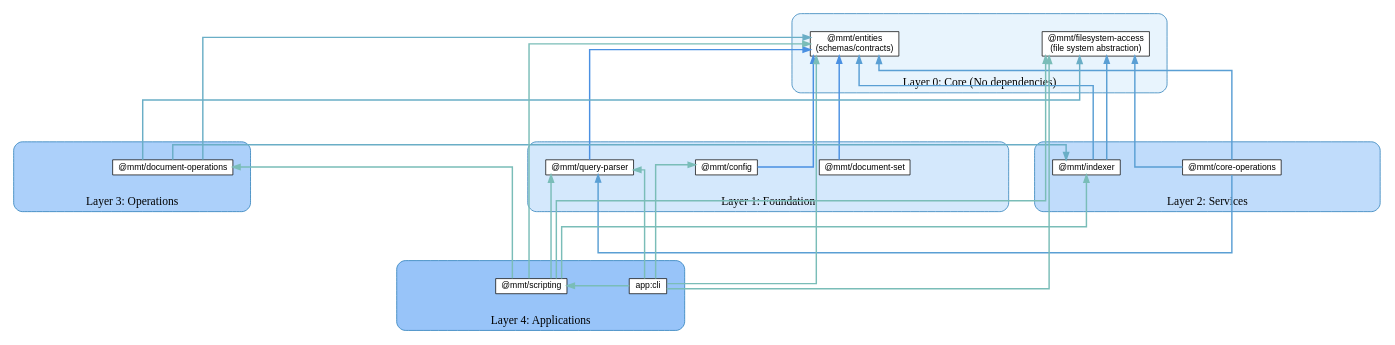
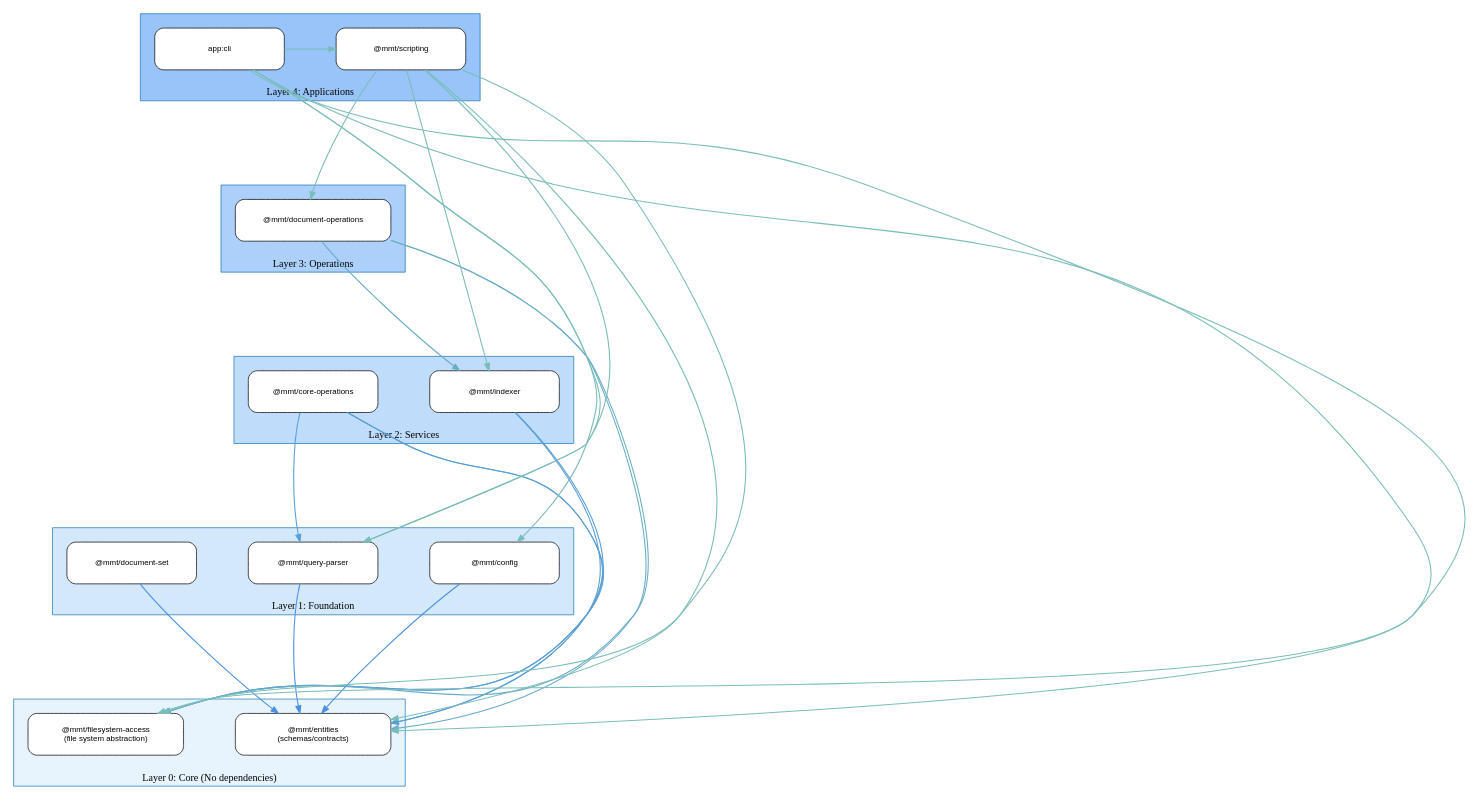
One commit to danielseltzer/mmt changed the diagram in code-analysis/2025-06-25/package-layers.dot. Above: the diagram before and after it, drawn with Graphviz. The commit also changed 3 other files, not shown here.

First line of the commit message:
fix: restore vertical layer diagram with improved spacing

```diff
--- a/code-analysis/2025-06-25/package-layers.dot
+++ b/code-analysis/2025-06-25/package-layers.dot
@@ -1,131 +1,144 @@
 digraph PackageLayers {
-  rankdir=BT;
-  ranksep=2.0;     // Much more vertical space
-  nodesep=1.2;     // More horizontal space
-  splines=ortho;   // Use orthogonal edges for cleaner look
+  rankdir=BT;  // Bottom to top for better layering visualization
+  ranksep=2.5; // Much more vertical space between ranks
+  nodesep=1.0; // More horizontal space between nodes
   
-  node [shape=box, style="rounded,filled", fontname="Arial", fontsize=12, height=0.9, width=3.5];
-  edge [penwidth=2];
+  node [shape=box, style="rounded,filled", fontname="Arial", fontsize=11, height=0.8];
+  edge [color="#666666", penwidth=1.5];
   
-  // Create invisible structure nodes to align layers
-  node [style=invis, width=0, height=0];
-  l0 -> l1 -> l2 -> l3 -> l4 [style=invis];
+  // Force vertical alignment of layers using invisible edges
+  edge [style=invis];
   
-  // Layer 0: Core
+  // Layer 0 nodes
   subgraph cluster_0 {
     label="Layer 0: Core (No dependencies)";
-    style="filled,rounded";
+    style=filled;
     fillcolor="#e8f4fd";
     color="#1f77b4";
-    fontsize=16;
+    fontsize=14;
     fontname="Arial Bold";
-    margin=25;
+    margin=20;
     
-    node [style="filled", fillcolor="#ffffff"];
-    { rank=same; l0;
-      entities [label="@mmt/entities\n(schemas/contracts)"];
-      filesystem [label="@mmt/filesystem-access\n(file system abstraction)"];
-    }
+    entities [label="@mmt/entities\n(schemas/contracts)", fillcolor="#ffffff", width=3];
+    filesystem [label="@mmt/filesystem-access\n(file system abstraction)", fillcolor="#ffffff", width=3];
+    
+    // Keep layer 0 nodes together
+    { rank=same; entities; filesystem; }
   }
   
-  // Layer 1: Foundation
+  // Layer 1 nodes
   subgraph cluster_1 {
     label="Layer 1: Foundation";
-    style="filled,rounded";
+    style=filled;
     fillcolor="#d4e8fc";
     color="#1f77b4";
-    fontsize=16;
+    fontsize=14;
     fontname="Arial Bold";
-    margin=25;
+    margin=20;
     
-    node [style="filled", fillcolor="#ffffff"];
-    { rank=same; l1;
-      config [label="@mmt/config"];
-      queryparser [label="@mmt/query-parser"];
-      documentset [label="@mmt/document-set"];
-    }
+    config [label="@mmt/config", fillcolor="#ffffff", width=2.5];
+    queryparser [label="@mmt/query-parser", fillcolor="#ffffff", width=2.5];
+    documentset [label="@mmt/document-set", fillcolor="#ffffff", width=2.5];
+    
+    // Keep layer 1 nodes together
+    { rank=same; config; queryparser; documentset; }
   }
   
-  // Layer 2: Services
+  // Layer 2 nodes
   subgraph cluster_2 {
     label="Layer 2: Services";
-    style="filled,rounded";
+    style=filled;
     fillcolor="#c0dcfb";
     color="#1f77b4";
-    fontsize=16;
+    fontsize=14;
     fontname="Arial Bold";
-    margin=25;
+    margin=20;
     
-    node [style="filled", fillcolor="#ffffff"];
-    { rank=same; l2;
-      indexer [label="@mmt/indexer"];
-      coreops [label="@mmt/core-operations"];
-    }
+    indexer [label="@mmt/indexer", fillcolor="#ffffff", width=2.5];
+    coreops [label="@mmt/core-operations", fillcolor="#ffffff", width=2.5];
+    
+    // Keep layer 2 nodes together
+    { rank=same; indexer; coreops; }
   }
   
-  // Layer 3: Operations
+  // Layer 3 nodes
   subgraph cluster_3 {
     label="Layer 3: Operations";
-    style="filled,rounded";
+    style=filled;
     fillcolor="#acd0fa";
     color="#1f77b4";
-    fontsize=16;
+    fontsize=14;
     fontname="Arial Bold";
-    margin=25;
+    margin=20;
     
-    node [style="filled", fillcolor="#ffffff"];
-    { rank=same; l3;
-      docops [label="@mmt/document-operations"];
-    }
+    docops [label="@mmt/document-operations", fillcolor="#ffffff", width=3];
+    
+    // Single node layer
+    { rank=same; docops; }
   }
   
-  // Layer 4: Applications
+  // Layer 4 nodes
   subgraph cluster_4 {
     label="Layer 4: Applications";
-    style="filled,rounded";
+    style=filled;
     fillcolor="#98c4f9";
     color="#1f77b4";
-    fontsize=16;
+    fontsize=14;
     fontname="Arial Bold";
-    margin=25;
+    margin=20;
     
-    node [style="filled", fillcolor="#ffffff"];
-    { rank=same; l4;
-      scripting [label="@mmt/scripting"];
-      cli [label="app:cli"];
-    }
+    scripting [label="@mmt/scripting", fillcolor="#ffffff", width=2.5];
+    cli [label="app:cli", fillcolor="#ffffff", width=2.5];
+    
+    // Keep layer 4 nodes together
+    { rank=same; scripting; cli; }
   }
   
-  // Dependencies with proper coloring by layer
-  edge [constraint=true];
+  // Invisible edges to enforce layer ordering
+  entities -> config [style=invis];
+  entities -> queryparser [style=invis];
+  entities -> documentset [style=invis];
   
-  // From Layer 1 to Layer 0
+  config -> indexer [style=invis];
+  queryparser -> coreops [style=invis];
+  
+  indexer -> docops [style=invis];
+  coreops -> docops [style=invis];
+  
+  docops -> scripting [style=invis];
+  docops -> cli [style=invis];
+  
+  // Now add the actual visible dependencies
+  edge [style=solid, constraint=false];
+  
+  // Layer 1 dependencies
   config -> entities [color="#4a90e2"];
   queryparser -> entities [color="#4a90e2"];
   documentset -> entities [color="#4a90e2"];
   
-  // From Layer 2 to Layers 0-1
+  // Layer 2 dependencies
   indexer -> entities [color="#5a9fd4"];
   indexer -> filesystem [color="#5a9fd4"];
+  
   coreops -> entities [color="#5a9fd4"];
   coreops -> filesystem [color="#5a9fd4"];
   coreops -> queryparser [color="#5a9fd4"];
   
-  // From Layer 3 to Layers 0-2
+  // Layer 3 dependencies
   docops -> entities [color="#6aaec6"];
   docops -> filesystem [color="#6aaec6"];
   docops -> indexer [color="#6aaec6"];
   
-  // From Layer 4 to all lower layers
+  // Layer 4 dependencies
   scripting -> entities [color="#7abdb8"];
   scripting -> filesystem [color="#7abdb8"];
   scripting -> queryparser [color="#7abdb8"];
   scripting -> indexer [color="#7abdb8"];
   scripting -> docops [color="#7abdb8"];
   
   cli -> entities [color="#7abdb8"];
   cli -> filesystem [color="#7abdb8"];
   cli -> queryparser [color="#7abdb8"];
   cli -> config [color="#7abdb8"];
   cli -> scripting [color="#7abdb8"];
 }
```
